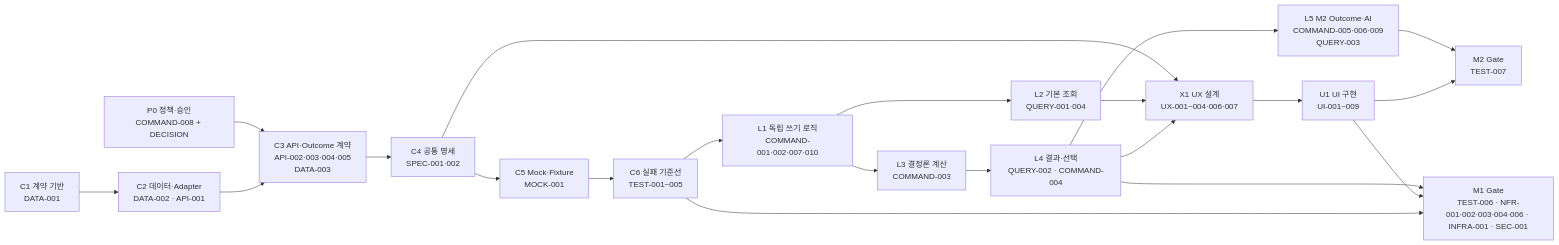
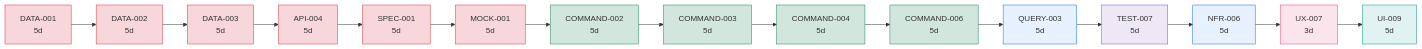
The first of 2 diagrams in TASK/task1/03_병렬실행_Gantt_로드맵.md (jennie-brain/CardFit-prd-to-srs), drawn with Mermaid before and after one commit. The commit also changed other lines of this file and 2 other files, not shown here.

````diff
--- a/TASK/task1/03_병렬실행_Gantt_로드맵.md
+++ b/TASK/task1/03_병렬실행_Gantt_로드맵.md
@@ -13,40 +45,38 @@
 ```mermaid
 flowchart LR
-  P["P0 정책·승인<br/>COMMAND-008 + DECISION"]
-  C["C1 계약 기반<br/>DATA-001"]
-  D["C2 데이터·Adapter<br/>DATA-002 · API-001"]
-  A["C3 API·Outcome 계약<br/>API-002·003·004·005<br/>DATA-003"]
-  S["C4 공통 명세<br/>SPEC-001·002"]
-  M["C5 Mock·Fixture<br/>MOCK-001"]
-  T["C6 실패 기준선<br/>TEST-001~005"]
-  L["L1 독립 쓰기 로직<br/>COMMAND-001·002·007·010"]
-  R["L2 기본 조회<br/>QUERY-001·004"]
-  K["L3 결정론 계산<br/>COMMAND-003"]
-  V["L4 결과·선택<br/>QUERY-002 · COMMAND-004"]
-  O["L5 M2 Outcome·AI<br/>COMMAND-005·006·009<br/>QUERY-003"]
-  X["X1 UX 설계<br/>UX-001~004·006·007"]
-  U["U1 UI 구현<br/>UI-001~009"]
-  G1["M1 Gate<br/>TEST-006 · NFR-001·002·003·004·006 · INFRA-001 · SEC-001"]
-  G2["M2 Gate<br/>TEST-007"]
-
-  P --> A
-  C --> D
-  D --> A
-  A --> S
-  S --> M
-  M --> T
-  T --> L
-  L --> K
-  L --> R
-  K --> V
-  V --> O
-  S --> X
-  R --> X
-  V --> X
-  X --> U
-  V --> G1
-  U --> G1
-  T --> G1
-  O --> G2
-  U --> G2
+  DATA001["DATA-001<br/>5d"]:::ctr
+  DATA002["DATA-002<br/>5d"]:::ctr
+  DATA003["DATA-003<br/>5d"]:::ctr
+  API004["API-004<br/>5d"]:::ctr
+  SPEC001["SPEC-001<br/>5d"]:::ctr
+  MOCK001["MOCK-001<br/>5d"]:::ctr
+  COMMAND002["COMMAND-002<br/>5d"]:::wr
+  COMMAND003["COMMAND-003<br/>5d"]:::wr
+  COMMAND004["COMMAND-004<br/>5d"]:::wr
+  COMMAND006["COMMAND-006<br/>5d"]:::wr
+  QUERY003["QUERY-003<br/>5d"]:::rd
+  TEST007["TEST-007<br/>5d"]:::tst
+  NFR006["NFR-006<br/>5d"]:::rd
+  UX007["UX-007<br/>3d"]:::dsg
+  UI009["UI-009<br/>5d"]:::ui
+  DATA001 --> DATA002
+  DATA002 --> DATA003
+  DATA003 --> API004
+  API004 --> SPEC001
+  SPEC001 --> MOCK001
+  MOCK001 --> COMMAND002
+  COMMAND002 --> COMMAND003
+  COMMAND003 --> COMMAND004
+  COMMAND004 --> COMMAND006
+  COMMAND006 --> QUERY003
+  QUERY003 --> TEST007
+  TEST007 --> NFR006
+  NFR006 --> UX007
+  UX007 --> UI009
+  classDef ctr fill:#f8d7da,stroke:#dc3545
+  classDef wr fill:#d1e7dd,stroke:#198754
+  classDef rd fill:#e7f1ff,stroke:#0d6efd
+  classDef tst fill:#ede7f6,stroke:#7e57c2
+  classDef dsg fill:#fce4ec,stroke:#ec407a
+  classDef ui fill:#e0f2f1,stroke:#009688
 ```
````
